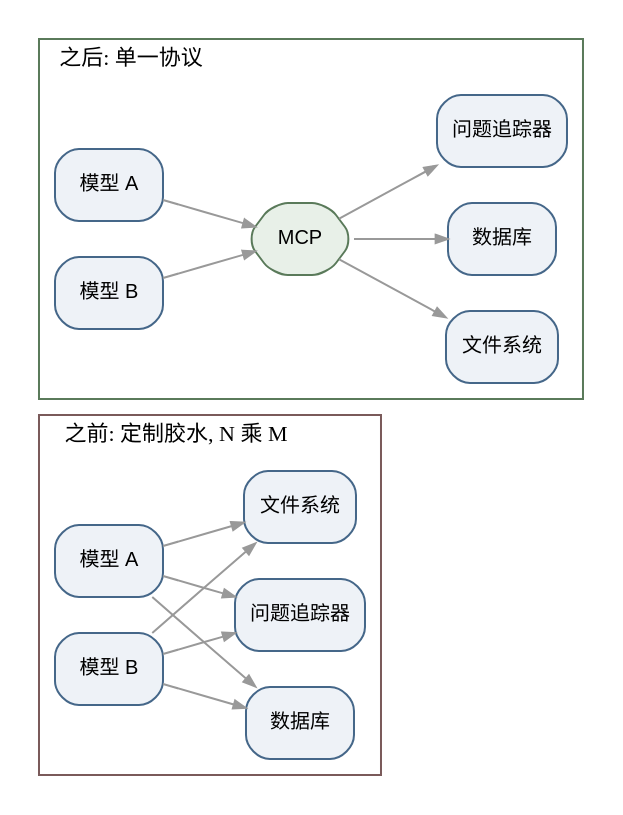
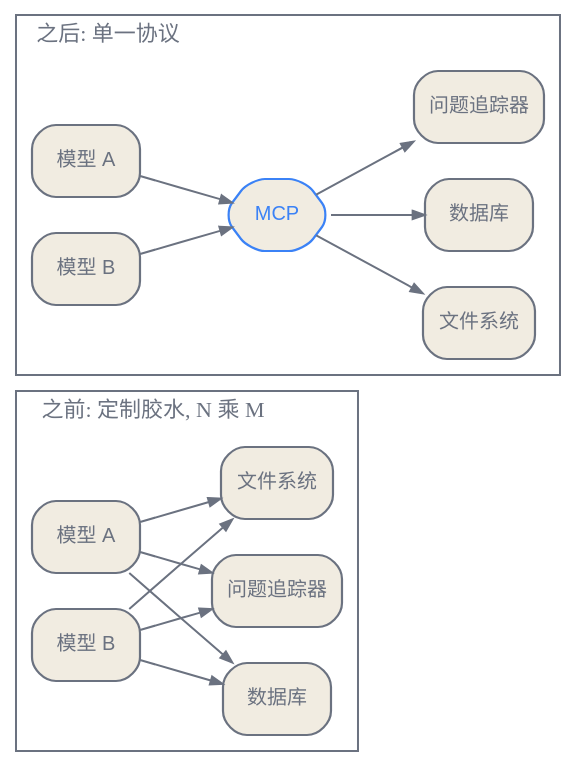
One commit to latere-ai/ai-as-an-infrastructure changed the second of 3 diagrams in zh/p5-orchestration/26-context-engineering.qmd. Above: the diagram before and after it, drawn with Graphviz. The commit also changed other lines of this file and 186 other files, not shown here.

First line of the commit message:
book: visual audit pass on all diagrams and figures

````diff
--- a/zh/p5-orchestration/26-context-engineering.qmd
+++ b/zh/p5-orchestration/26-context-engineering.qmd
@@ -141,26 +142,27 @@
 ```{dot}
 //| label: fig-ce-mcp
 //| fig-cap: "从 N 乘 M 的集成网格到单一协议。MCP 用一套两侧各说一次的标准，取代逐对定制的胶水，源自 Anthropic（2024）。"
 digraph mcp {
   rankdir=LR;
-  node [shape=box, style="rounded,filled", fontsize=10, fontname="Helvetica", fillcolor="#eef2f7", color="#456789"];
-  edge [color="#999999", arrowsize=0.6];
+  bgcolor="transparent";
+  node [shape=box, style="rounded,filled", fontsize=10, fontname="Helvetica", fillcolor="#f1ece1", color="#6b7280", fontcolor="#6b7280", penwidth=1.1];
+  edge [color="#6b7280", fontcolor="#6b7280", arrowsize=0.6];
 
   subgraph cluster_before {
-    label="之前: 定制胶水, N 乘 M"; labeljust=l; color="#7a5a5a"; fontsize=11;
+    label="之前: 定制胶水, N 乘 M"; labeljust=l; color="#6b7280"; fontcolor="#6b7280"; fontsize=11;
     mA [label="模型 A"]; mB [label="模型 B"];
     sA [label="文件系统"]; sB [label="数据库"]; sC [label="问题追踪器"];
     mA -> sA; mA -> sB; mA -> sC;
     mB -> sA; mB -> sB; mB -> sC;
   }
 
   subgraph cluster_after {
-    label="之后: 单一协议"; labeljust=l; color="#5a7a5a"; fontsize=11;
+    label="之后: 单一协议"; labeljust=l; color="#6b7280"; fontcolor="#6b7280"; fontsize=11;
     m2A [label="模型 A"]; m2B [label="模型 B"];
-    hub [label="MCP", shape=hexagon, fillcolor="#e8f0e8", color="#5a7a5a"];
+    hub [label="MCP", shape=hexagon, color="#3b82f6", fontcolor="#3b82f6"];
     s2A [label="文件系统"]; s2B [label="数据库"]; s2C [label="问题追踪器"];
     m2A -> hub; m2B -> hub;
     hub -> s2A; hub -> s2B; hub -> s2C;
   }
 }
 ```
````
